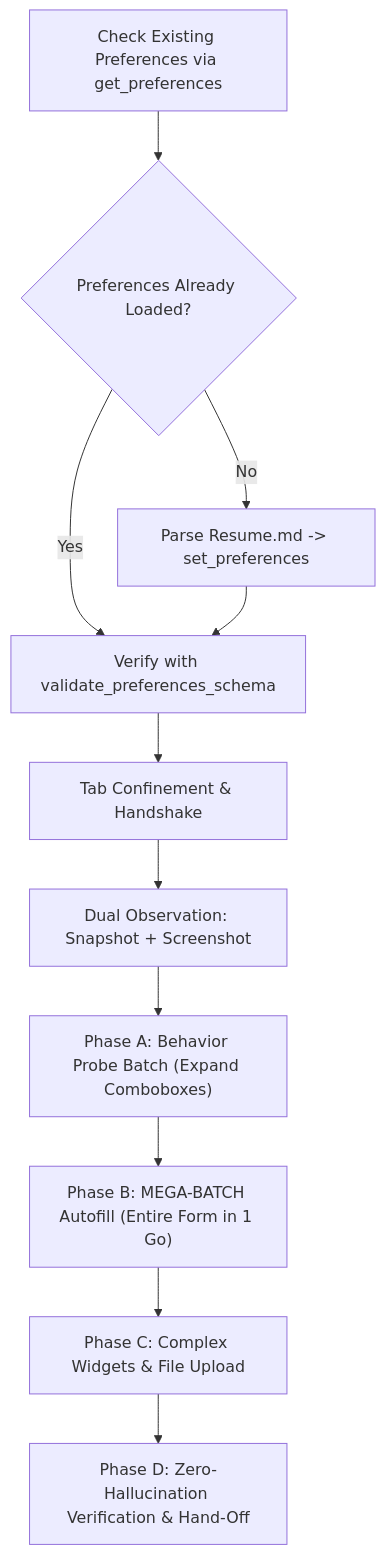
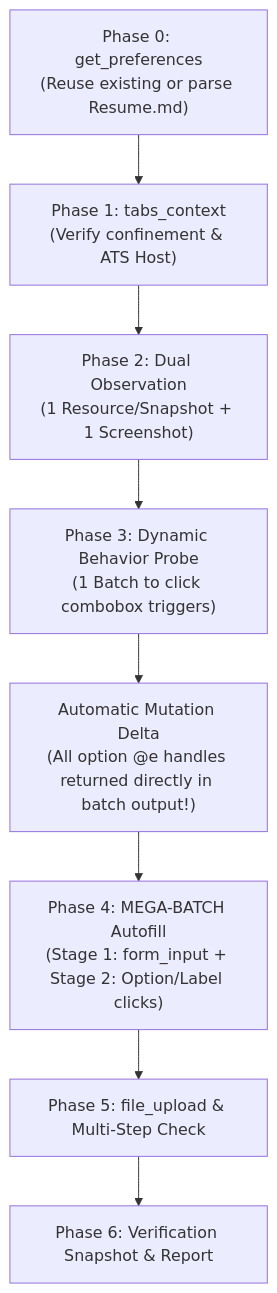
Before and after one commit to fschatbot/Resumate: the diagram in main/skill/SKILL.md, drawn with Mermaid. The commit also changed other lines of this file and 6 other files, not shown here.

````diff
--- a/main/skill/SKILL.md
+++ b/main/skill/SKILL.md
@@ -12,13 +103,10 @@
 ```mermaid
 flowchart TD
-    A["Check Existing Preferences via get_preferences"] --> B{"Preferences Already Loaded?"}
-    B -->|"Yes"| C["Verify with validate_preferences_schema"]
-    B -->|"No"| D["Parse Resume.md -> set_preferences"]
-    D --> C
-    C --> E["Tab Confinement & Handshake"]
-    E --> F["Dual Observation: Snapshot + Screenshot"]
-    F --> G["Phase A: Behavior Probe Batch (Expand Comboboxes)"]
-    G --> H["Phase B: MEGA-BATCH Autofill (Entire Form in 1 Go)"]
-    H --> I["Phase C: Complex Widgets & File Upload"]
-    I --> J["Phase D: Zero-Hallucination Verification & Hand-Off"]
+    A["Phase 0: get_preferences<br/>(Reuse existing or parse Resume.md)"] --> B["Phase 1: tabs_context<br/>(Verify confinement & ATS Host)"]
+    B --> C["Phase 2: Dual Observation<br/>(1 Resource/Snapshot + 1 Screenshot)"]
+    C --> D["Phase 3: Dynamic Behavior Probe<br/>(1 Batch to click combobox triggers)"]
+    D --> E["Automatic Mutation Delta<br/>(All option @e handles returned directly in batch output!)"]
+    E --> F["Phase 4: MEGA-BATCH Autofill<br/>(Stage 1: form_input + Stage 2: Option/Label clicks)"]
+    F --> G["Phase 5: file_upload & Multi-Step Check"]
+    G --> H["Phase 6: Verification Snapshot & Report"]
 ```
````
